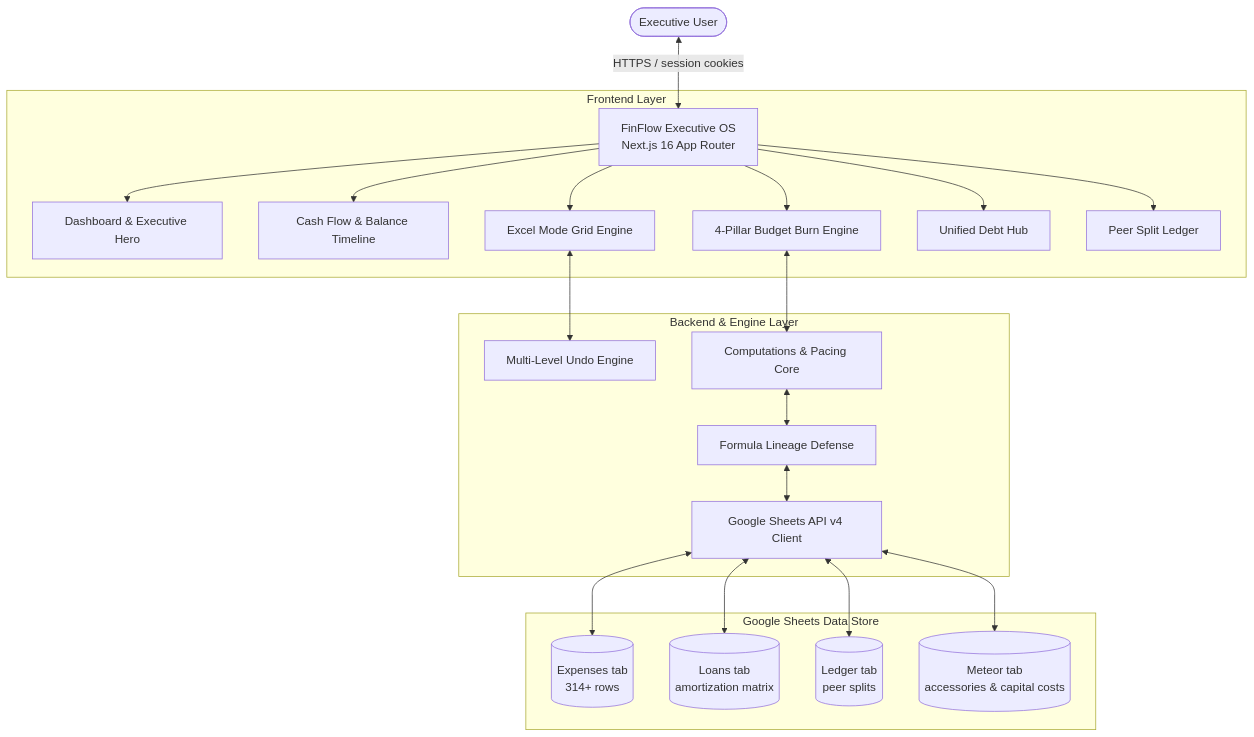
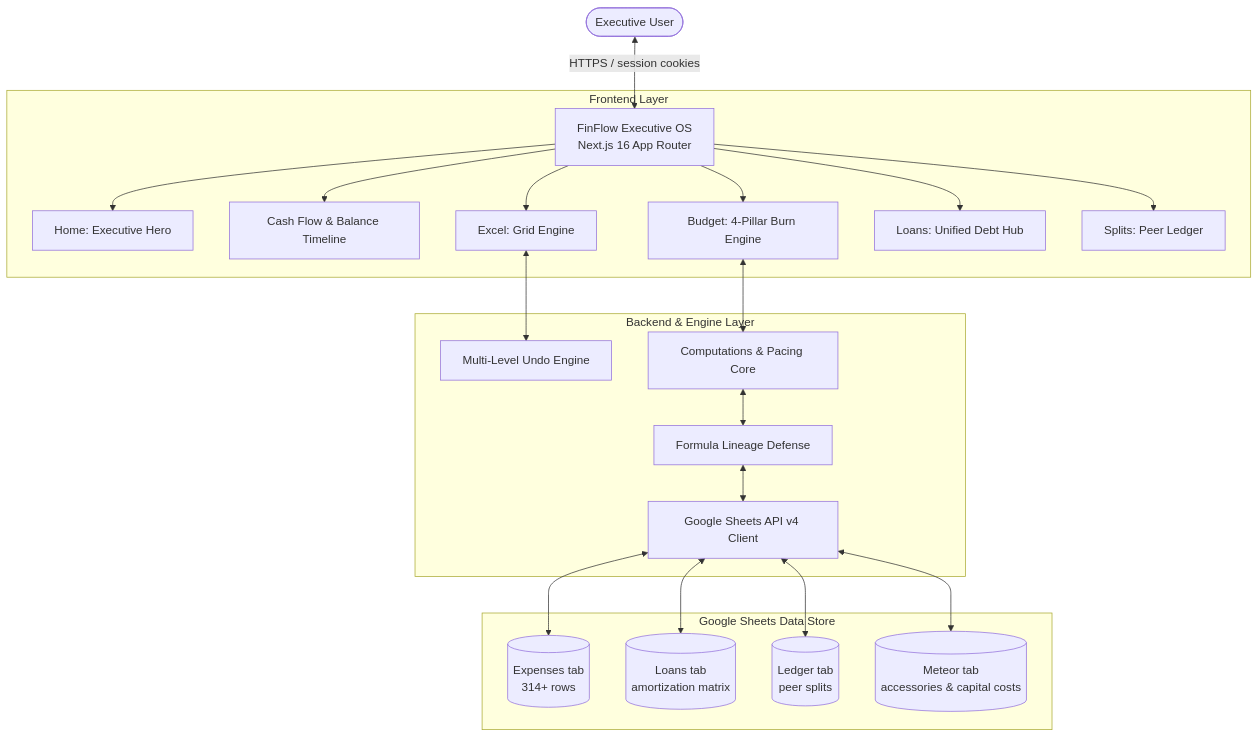
Before and after one commit to Priyanshu-Agrawal/finflow-executive: the first of 5 diagrams in docs/PRODUCT_DOCUMENTATION.md, drawn with Mermaid. The commit also changed other lines of this file and 2 other files, not shown here.

````diff
--- a/docs/PRODUCT_DOCUMENTATION.md
+++ b/docs/PRODUCT_DOCUMENTATION.md
@@ -36,27 +36,27 @@
 ```mermaid
 flowchart TD
     User(["Executive User"]) <-->|"HTTPS / session cookies"| NextApp["FinFlow Executive OS<br/>Next.js 16 App Router"]
 
     subgraph UI_Layer ["Frontend Layer"]
-        NextApp --> Dash["Dashboard & Executive Hero"]
+        NextApp --> Dash["Home: Executive Hero"]
         NextApp --> Timeline["Cash Flow & Balance Timeline"]
-        NextApp --> Engine["4-Pillar Budget Burn Engine"]
-        NextApp --> Grid["Excel Mode Grid Engine"]
-        NextApp --> Hub["Unified Debt Hub"]
-        NextApp --> Ledger["Peer Split Ledger"]
+        NextApp --> Engine["Budget: 4-Pillar Burn Engine"]
+        NextApp --> Grid["Excel: Grid Engine"]
+        NextApp --> Hub["Loans: Unified Debt Hub"]
+        NextApp --> Ledger["Splits: Peer Ledger"]
     end
 
     subgraph Service_Layer ["Backend & Engine Layer"]
         Grid <--> Undo["Multi-Level Undo Engine"]
         Engine <--> Calc["Computations & Pacing Core"]
         Calc <--> FormulaDef["Formula Lineage Defense"]
         FormulaDef <--> SheetsClient["Google Sheets API v4 Client"]
     end
 
     subgraph Data_Layer ["Google Sheets Data Store"]
         SheetsClient <--> SheetExp[("Expenses tab<br/>314+ rows")]
         SheetsClient <--> SheetLoan[("Loans tab<br/>amortization matrix")]
         SheetsClient <--> SheetPeer[("Ledger tab<br/>peer splits")]
         SheetsClient <--> SheetAcc[("Meteor tab<br/>accessories & capital costs")]
     end
 ```
````
